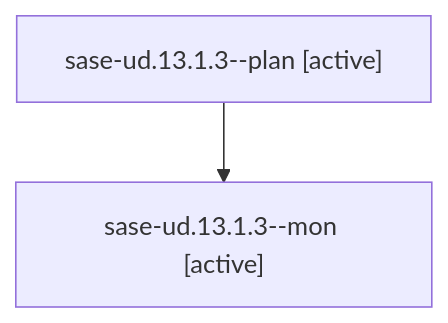
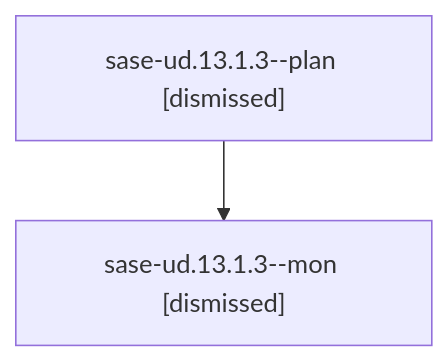
Before and after one commit to sase-org/sase--agents: the diagram in sessions/bbugyi200.athena.sase-ud.13.1.3.md, drawn with Mermaid. The commit also changed other lines of this file and 262 other files, not shown here.

````diff
--- a/sessions/bbugyi200.athena.sase-ud.13.1.3.md
+++ b/sessions/bbugyi200.athena.sase-ud.13.1.3.md
@@ -9,6 +9,6 @@
 ```mermaid
 flowchart TD
-  n0["sase-ud.13.1.3--plan [active]"]
-  n1["sase-ud.13.1.3--mon [active]"]
+  n0["sase-ud.13.1.3--plan [dismissed]"]
+  n1["sase-ud.13.1.3--mon [dismissed]"]
   n0 --> n1
 ```
````
